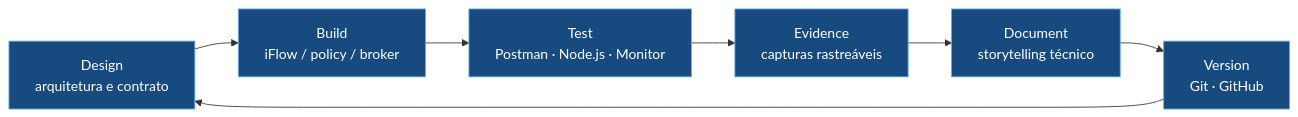
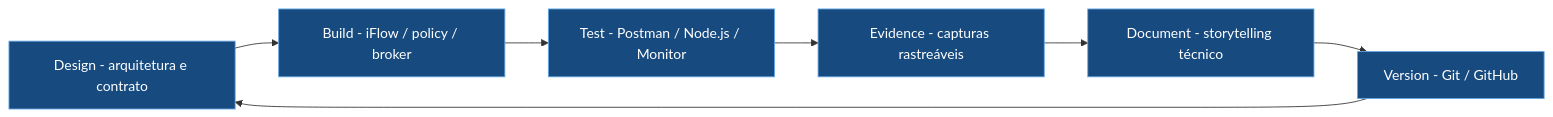
Before and after one commit to OrlandoCaetano2026/SAP_Integration_Suite_Learning: the first of 3 diagrams in README.md, drawn with Mermaid. The commit also changed other lines of this file and 1 other file, not shown here.

Commit message:
docs: professional revamp of all index READMEs with badges, Mermaid, exam blueprint and skill matrix_V3

````diff
--- a/README.md
+++ b/README.md
@@ -145,12 +109,12 @@
 ```mermaid
 flowchart LR
-    A[Design\narquitetura e contrato] --> B[Build\niFlow / policy / broker]
-    B --> C[Test\nPostman · Node.js · Monitor]
-    C --> D[Evidence\ncapturas rastreáveis]
-    D --> E[Document\nstorytelling técnico]
-    E --> F[Version\nGit · GitHub]
+    A[Design - arquitetura e contrato] --> B[Build - iFlow / policy / broker]
+    B --> C[Test - Postman / Node.js / Monitor]
+    C --> D[Evidence - capturas rastreáveis]
+    D --> E[Document - storytelling técnico]
+    E --> F[Version - Git / GitHub]
     F --> A
 
     classDef step fill:#174a7e,color:#fff,stroke:#65a8e5;
     class A,B,C,D,E,F step;
 ```
````
